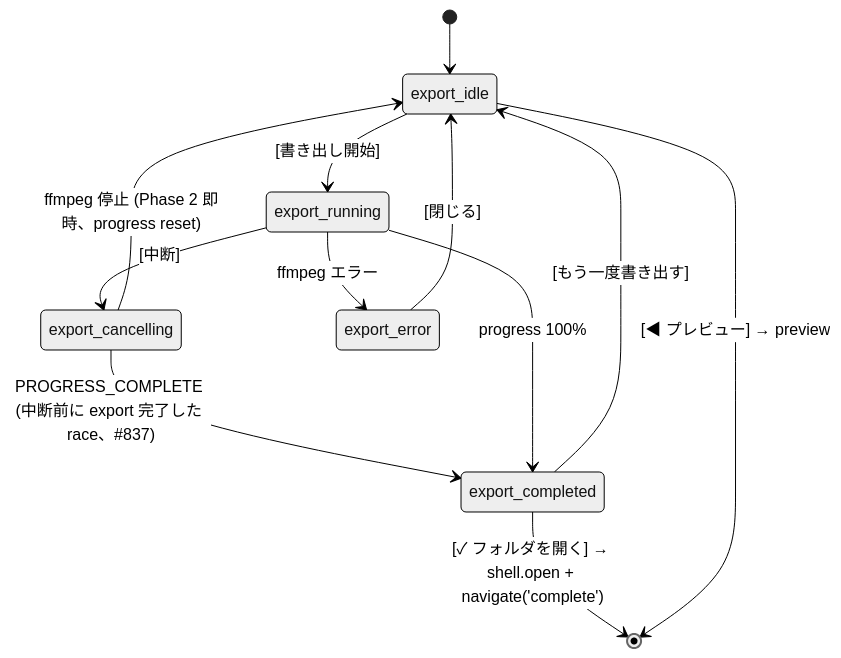
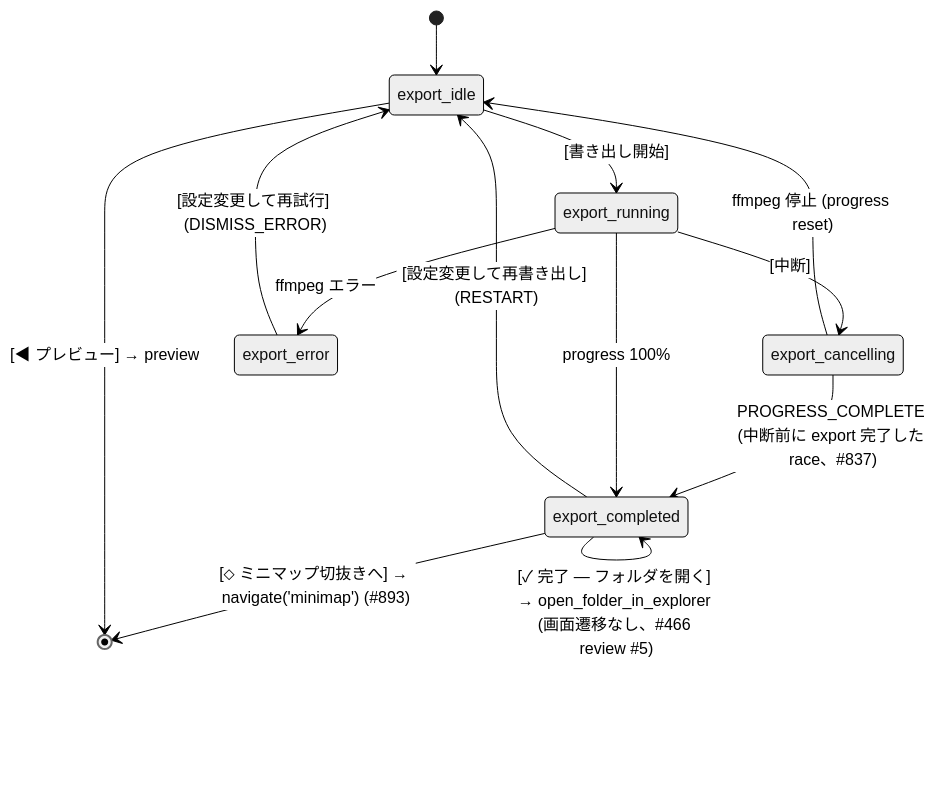
Before and after one commit to Idios/kobutachan-allaganeye: the sixth of 8 diagrams in docs/ui-architecture.md, drawn with Mermaid (neutral theme). The commit also changed other lines of this file and 14 other files, not shown here.

````diff
--- a/docs/ui-architecture.md
+++ b/docs/ui-architecture.md
@@ -323,14 +331,15 @@
 ```mermaid
 stateDiagram-v2
     [*] --> export_idle
     export_idle --> export_running: [書き出し開始]
     export_running --> export_cancelling: [中断]
-    export_cancelling --> export_idle: ffmpeg 停止 (Phase 2 即時、progress reset)
+    export_cancelling --> export_idle: ffmpeg 停止 (progress reset)
     export_cancelling --> export_completed: PROGRESS_COMPLETE (中断前に export 完了した race、#837)
     export_running --> export_completed: progress 100%
     export_running --> export_error: ffmpeg エラー
-    export_completed --> export_idle: [もう一度書き出す]
-    export_completed --> [*]: [✓ フォルダを開く] → shell.open + navigate('complete')
-    export_error --> export_idle: [閉じる]
+    export_completed --> export_completed: [✓ 完了 — フォルダを開く] → open_folder_in_explorer (画面遷移なし、#466 review #5)
+    export_completed --> export_idle: [設定変更して再書き出し] (RESTART)
+    export_completed --> [*]: [⬦ ミニマップ切抜きへ] → navigate('minimap') (#893)
+    export_error --> export_idle: [設定変更して再試行] (DISMISS_ERROR)
     export_idle --> [*]: [◀ プレビュー] → preview
 ```
````
